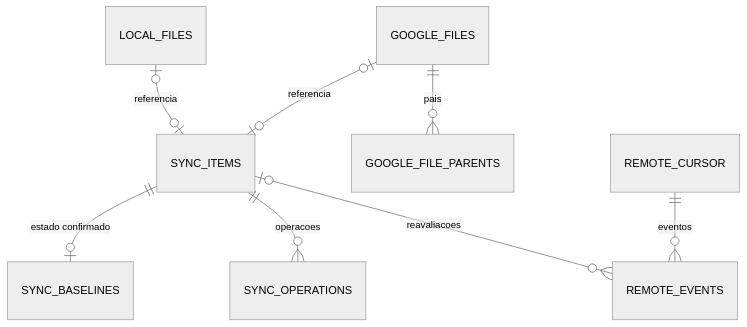
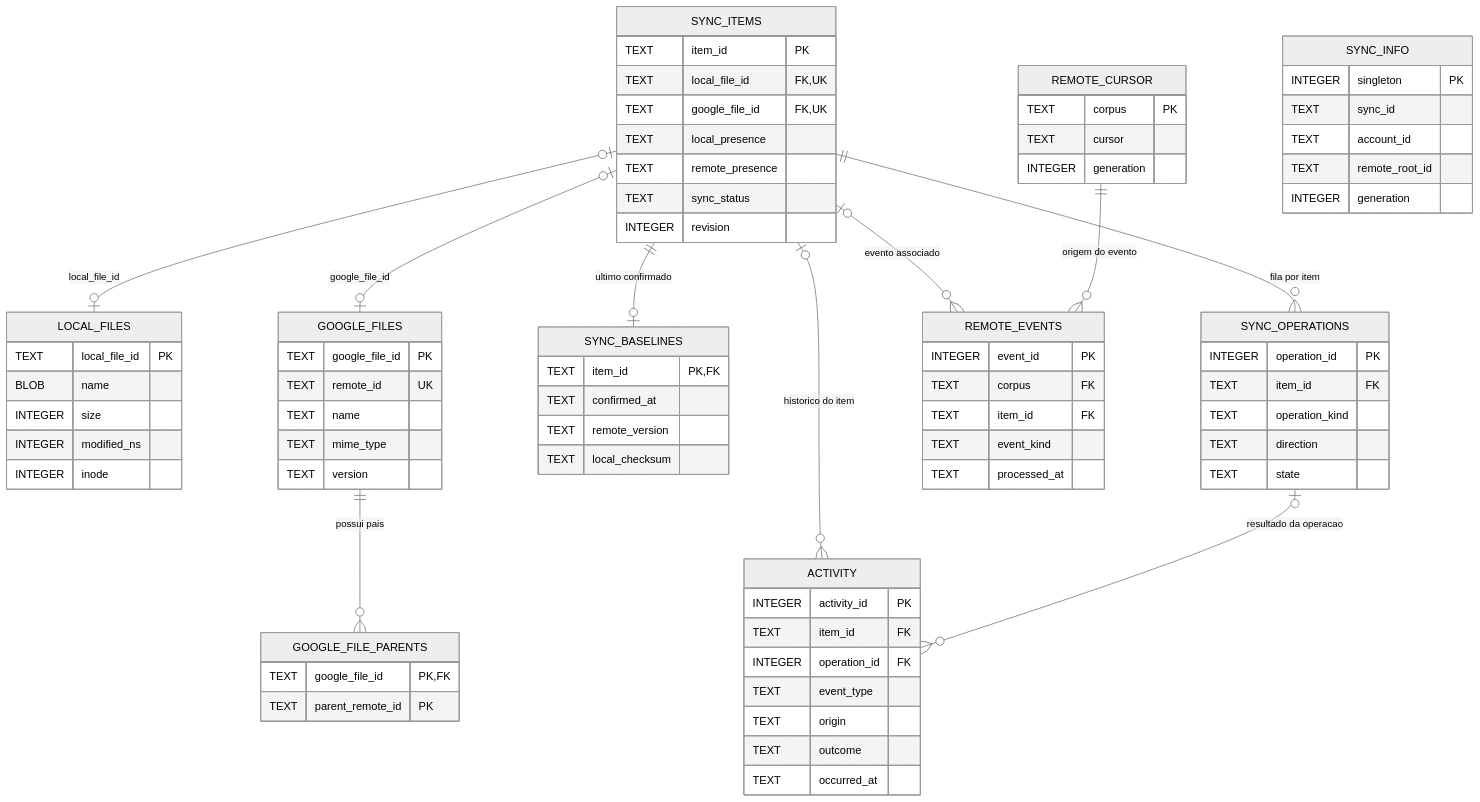
One commit to rafatosta/drivesync changed the second of 2 diagrams in docs/engine/inventory/README.md. Above: the diagram before and after it, drawn with Mermaid (neutral theme). The commit also changed other lines of this file, not shown here.

Commit message:
docs: consolidate sync history in inventory database and add relational diagrams

````diff
--- a/docs/engine/inventory/README.md
+++ b/docs/engine/inventory/README.md
@@ -82,10 +135,81 @@
 ```mermaid
 erDiagram
-    LOCAL_FILES o|--o| SYNC_ITEMS : "referencia"
-    GOOGLE_FILES o|--o| SYNC_ITEMS : "referencia"
-    GOOGLE_FILES ||--o{ GOOGLE_FILE_PARENTS : "pais"
-    SYNC_ITEMS ||--o| SYNC_BASELINES : "estado confirmado"
-    SYNC_ITEMS ||--o{ SYNC_OPERATIONS : "operacoes"
-    REMOTE_CURSOR ||--o{ REMOTE_EVENTS : "eventos"
-    SYNC_ITEMS o|--o{ REMOTE_EVENTS : "reavaliacoes"
+    SYNC_ITEMS o|--o| LOCAL_FILES : "local_file_id"
+    SYNC_ITEMS o|--o| GOOGLE_FILES : "google_file_id"
+    GOOGLE_FILES ||--o{ GOOGLE_FILE_PARENTS : "possui pais"
+    SYNC_ITEMS ||--o| SYNC_BASELINES : "ultimo confirmado"
+    SYNC_ITEMS ||--o{ SYNC_OPERATIONS : "fila por item"
+    SYNC_ITEMS o|--o{ REMOTE_EVENTS : "evento associado"
+    REMOTE_CURSOR ||--o{ REMOTE_EVENTS : "origem do evento"
+    SYNC_ITEMS o|--o{ ACTIVITY : "historico do item"
+    SYNC_OPERATIONS o|--o{ ACTIVITY : "resultado da operacao"
+
+    SYNC_INFO {
+        INTEGER singleton PK
+        TEXT sync_id
+        TEXT account_id
+        TEXT remote_root_id
+        INTEGER generation
+    }
+    LOCAL_FILES {
+        TEXT local_file_id PK
+        BLOB name
+        INTEGER size
+        INTEGER modified_ns
+        INTEGER inode
+    }
+    GOOGLE_FILES {
+        TEXT google_file_id PK
+        TEXT remote_id UK
+        TEXT name
+        TEXT mime_type
+        TEXT version
+    }
+    GOOGLE_FILE_PARENTS {
+        TEXT google_file_id PK,FK
+        TEXT parent_remote_id PK
+    }
+    SYNC_ITEMS {
+        TEXT item_id PK
+        TEXT local_file_id FK,UK
+        TEXT google_file_id FK,UK
+        TEXT local_presence
+        TEXT remote_presence
+        TEXT sync_status
+        INTEGER revision
+    }
+    SYNC_BASELINES {
+        TEXT item_id PK,FK
+        TEXT confirmed_at
+        TEXT remote_version
+        TEXT local_checksum
+    }
+    SYNC_OPERATIONS {
+        INTEGER operation_id PK
+        TEXT item_id FK
+        TEXT operation_kind
+        TEXT direction
+        TEXT state
+    }
+    REMOTE_CURSOR {
+        TEXT corpus PK
+        TEXT cursor
+        INTEGER generation
+    }
+    REMOTE_EVENTS {
+        INTEGER event_id PK
+        TEXT corpus FK
+        TEXT item_id FK
+        TEXT event_kind
+        TEXT processed_at
+    }
+    ACTIVITY {
+        INTEGER activity_id PK
+        TEXT item_id FK
+        INTEGER operation_id FK
+        TEXT event_type
+        TEXT origin
+        TEXT outcome
+        TEXT occurred_at
+    }
 ```
````
